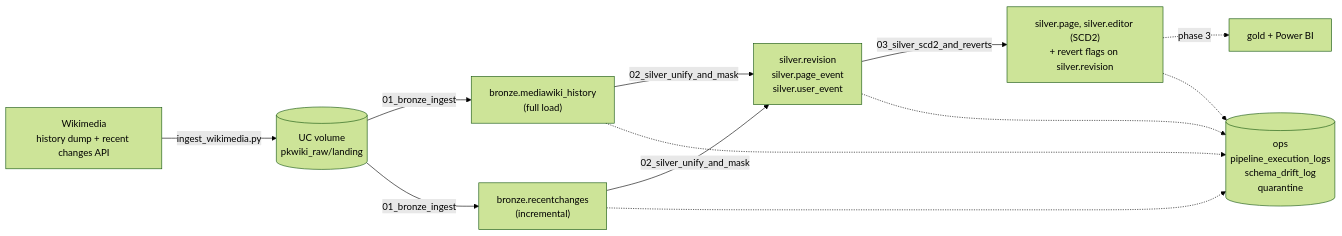
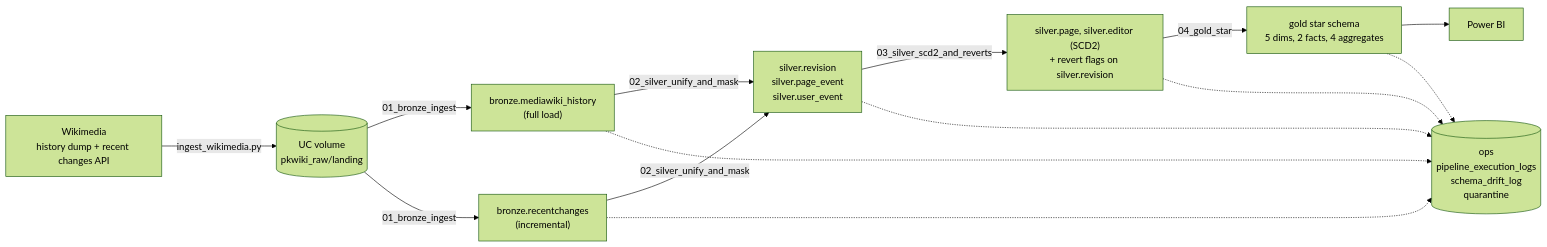
The diagram in README.md (zuraiz-anjum/pk-wiki-integrity-lakehouse), drawn with Mermaid (forest theme) before and after one commit. The commit also changed other lines of this file and 5 other files, not shown here.

Commit message:
phase 3 docs: gold schema, data dictionary with er diagram, databricks run results

````diff
--- a/README.md
+++ b/README.md
@@ -32,15 +33,17 @@
 ```mermaid
 flowchart LR
     src["Wikimedia<br/>history dump + recent changes API"] -->|"ingest_wikimedia.py"| land[("UC volume<br/>pkwiki_raw/landing")]
     land -->|"01_bronze_ingest"| b1["bronze.mediawiki_history<br/>(full load)"]
     land -->|"01_bronze_ingest"| b2["bronze.recentchanges<br/>(incremental)"]
     b1 -->|"02_silver_unify_and_mask"| s1["silver.revision<br/>silver.page_event<br/>silver.user_event"]
     b2 -->|"02_silver_unify_and_mask"| s1
     s1 -->|"03_silver_scd2_and_reverts"| s2["silver.page, silver.editor (SCD2)<br/>+ revert flags on silver.revision"]
-    s2 -.->|"phase 3"| gold["gold + Power BI"]
+    s2 -->|"04_gold_star"| gold["gold star schema<br/>5 dims, 2 facts, 4 aggregates"]
+    gold --> pbi["Power BI"]
     ops[("ops<br/>pipeline_execution_logs<br/>schema_drift_log<br/>quarantine")]
     b1 -.-> ops
     b2 -.-> ops
     s1 -.-> ops
     s2 -.-> ops
+    gold -.-> ops
 ```
````
